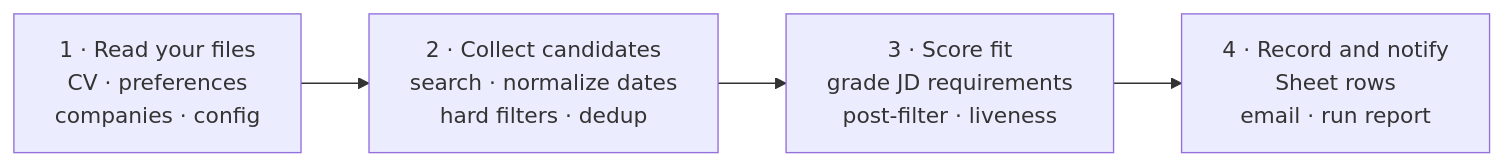
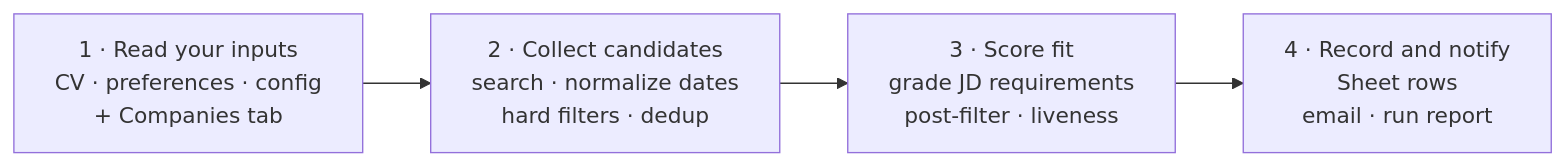
The diagram in README.md (Journey-512/catch-before-jobs-vanish), drawn with Mermaid before and after one commit. The commit also changed other lines of this file and 11 other files, not shown here.

First line of the commit message:
v3.2.0: Companies tab registry, alert/work-hours timezone split, CV convert-and-review onboarding

````diff
--- a/README.md
+++ b/README.md
@@ -169,4 +176,4 @@
 ```mermaid
 flowchart LR
-  A["1 · Read your files<br/>CV · preferences<br/>companies · config"] --> B["2 · Collect candidates<br/>search · normalize dates<br/>hard filters · dedup"] --> C["3 · Score fit<br/>grade JD requirements<br/>post-filter · liveness"] --> D["4 · Record and notify<br/>Sheet rows<br/>email · run report"]
+  A["1 · Read your inputs<br/>CV · preferences · config<br/>+ Companies tab"] --> B["2 · Collect candidates<br/>search · normalize dates<br/>hard filters · dedup"] --> C["3 · Score fit<br/>grade JD requirements<br/>post-filter · liveness"] --> D["4 · Record and notify<br/>Sheet rows<br/>email · run report"]
 ```
````
